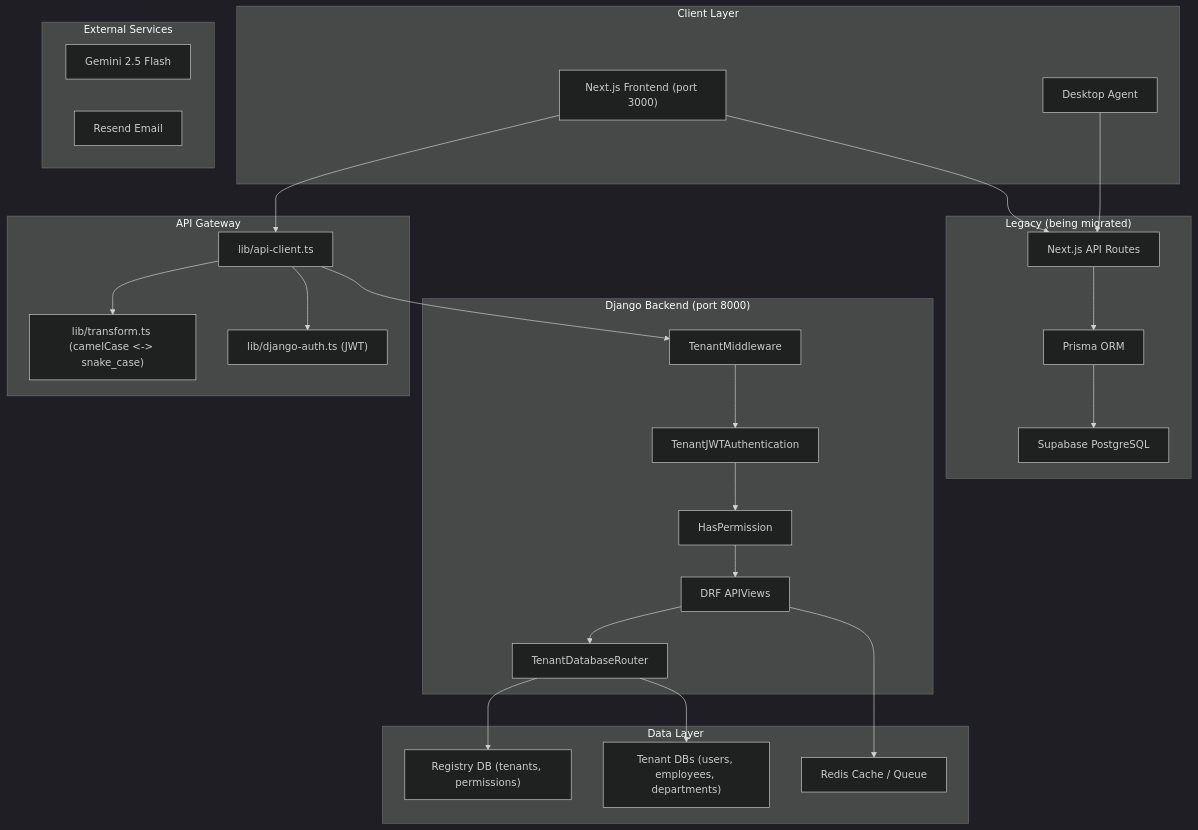
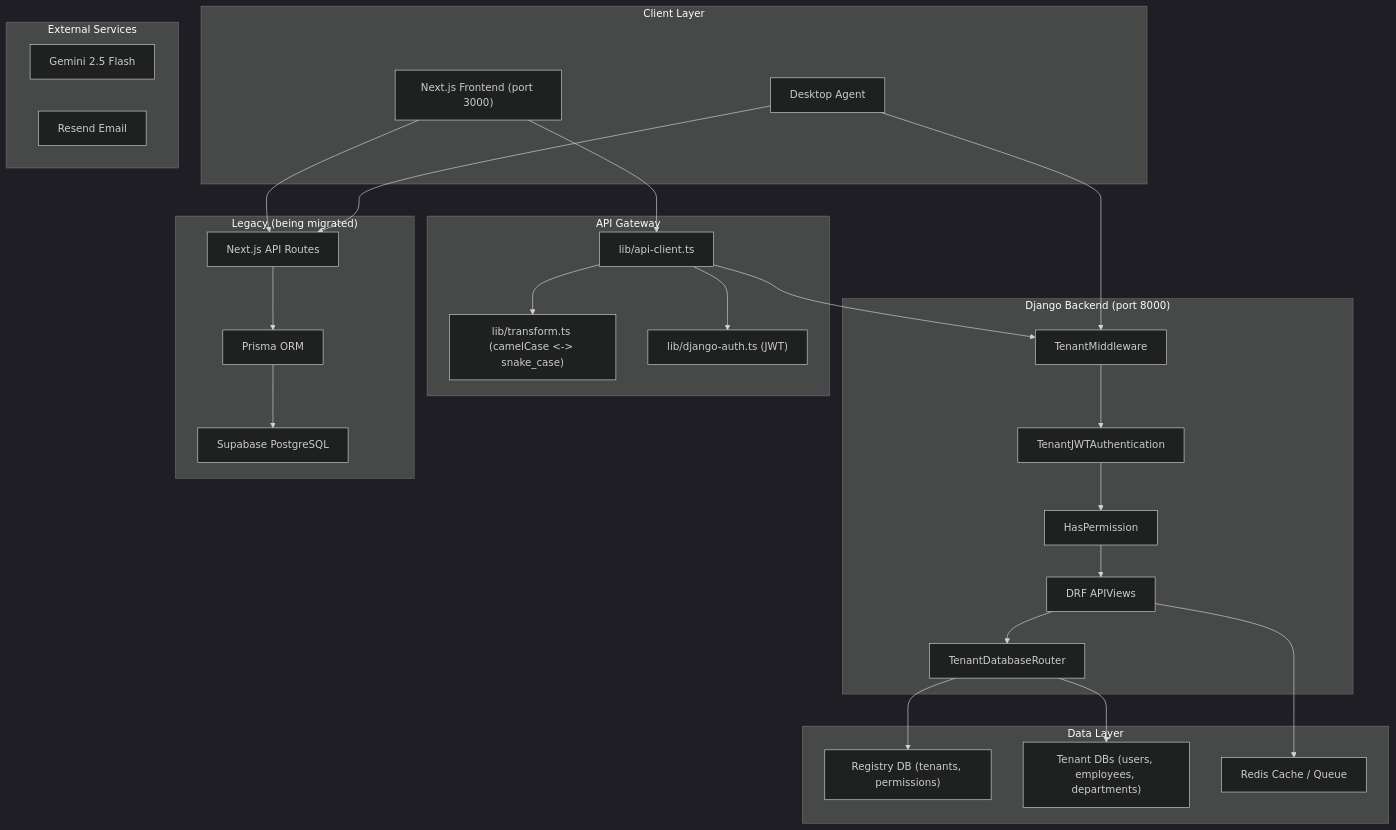
The diagram in docs/SYSTEM_ARCHITECTURE.md (Work-Ashish/Employee-directory), drawn with Mermaid (dark theme) before and after one commit. The commit also changed other lines of this file and 71 other files, not shown here.

````diff
--- a/docs/SYSTEM_ARCHITECTURE.md
+++ b/docs/SYSTEM_ARCHITECTURE.md
@@ -11,54 +11,55 @@
 ```mermaid
 graph TB
     subgraph Client Layer
         Browser["Next.js Frontend (port 3000)"]
         DesktopAgent["Desktop Agent"]
     end
 
     subgraph API Gateway
         APIClient["lib/api-client.ts"]
         Transform["lib/transform.ts (camelCase <-> snake_case)"]
         DjangoAuth["lib/django-auth.ts (JWT)"]
     end
 
     subgraph Django Backend ["Django Backend (port 8000)"]
         TenantMW["TenantMiddleware"]
         JWTAuth["TenantJWTAuthentication"]
         HasPerm["HasPermission"]
         DRFViews["DRF APIViews"]
         DBRouter["TenantDatabaseRouter"]
     end
 
     subgraph Data Layer
         RegistryDB["Registry DB (tenants, permissions)"]
         TenantDB["Tenant DBs (users, employees, departments)"]
         Redis["Redis Cache / Queue"]
     end
 
     subgraph Legacy Layer ["Legacy (being migrated)"]
         NextAPIRoutes["Next.js API Routes"]
         Prisma["Prisma ORM"]
         LegacyDB["Supabase PostgreSQL"]
     end
 
     subgraph External Services
         Gemini["Gemini 2.5 Flash"]
         Resend["Resend Email"]
     end
 
     Browser --> APIClient
     APIClient --> Transform
     APIClient --> DjangoAuth
     APIClient --> TenantMW
     TenantMW --> JWTAuth
     JWTAuth --> HasPerm
     HasPerm --> DRFViews
     DRFViews --> DBRouter
     DBRouter --> RegistryDB
     DBRouter --> TenantDB
     DRFViews --> Redis
     Browser --> NextAPIRoutes
     NextAPIRoutes --> Prisma
     Prisma --> LegacyDB
+    DesktopAgent --> TenantMW
     DesktopAgent --> NextAPIRoutes
 ```
````
